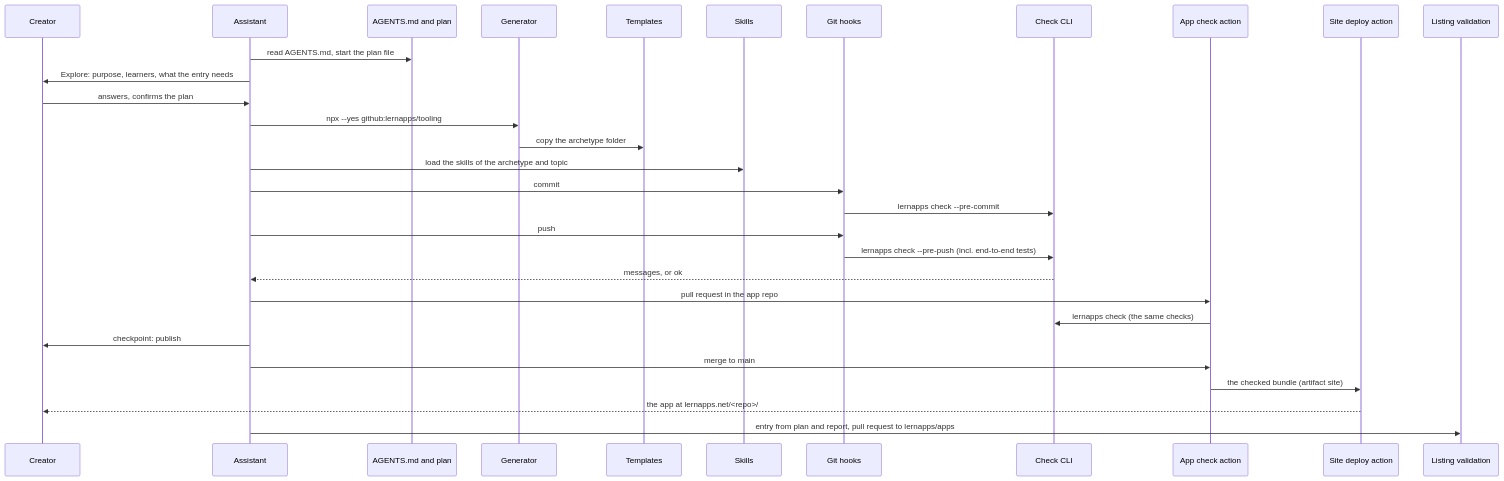
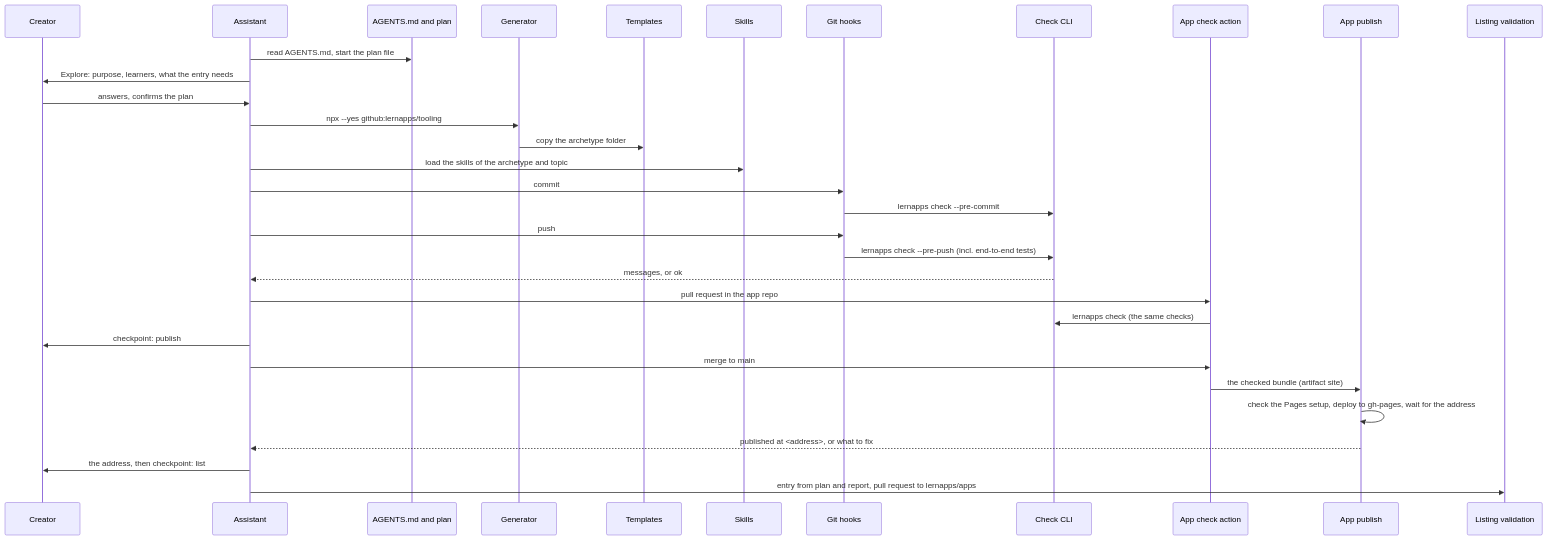
One commit to lernapps/tooling changed the first of 4 diagrams in docs/arc42/06-runtime-view.arc42.md. Above: the diagram before and after it, drawn with Mermaid. The commit also changed other lines of this file and 19 other files, not shown here.

First line of the commit message:
feat(app-publish): publish an app to its repo's GitHub Pages, checking the setup

````diff
--- a/docs/arc42/06-runtime-view.arc42.md
+++ b/docs/arc42/06-runtime-view.arc42.md
@@ -31,32 +31,34 @@
 ```mermaid
 sequenceDiagram
     participant creator as Creator
     participant assistant as Assistant
     participant guidance as AGENTS.md and plan
     participant generator as Generator
     participant templates as Templates
     participant skills as Skills
     participant hooks as Git hooks
     participant check as Check CLI
     participant ci as App check action
-    participant publish as Site deploy action
+    participant publish as App publish
     participant listing as Listing validation
     assistant->>guidance: read AGENTS.md, start the plan file
     assistant->>creator: Explore: purpose, learners, what the entry needs
     creator->>assistant: answers, confirms the plan
     assistant->>generator: npx --yes github:lernapps/tooling#main create --archetype <name>
     generator->>templates: copy the archetype folder
     assistant->>skills: load the skills of the archetype and topic
     assistant->>hooks: commit
     hooks->>check: lernapps check --pre-commit
     assistant->>hooks: push
     hooks->>check: lernapps check --pre-push (incl. end-to-end tests)
     check-->>assistant: messages, or ok
     assistant->>ci: pull request in the app repo
     ci->>check: lernapps check (the same checks)
     assistant->>creator: checkpoint: publish
     assistant->>ci: merge to main
     ci->>publish: the checked bundle (artifact site)
-    publish-->>creator: the app at lernapps.net/<repo>/
+    publish->>publish: check the Pages setup, deploy to gh-pages, wait for the address
+    publish-->>assistant: published at <address>, or what to fix
+    assistant->>creator: the address, then checkpoint: list
     assistant->>listing: entry from plan and report, pull request to lernapps/apps
 ```
````
